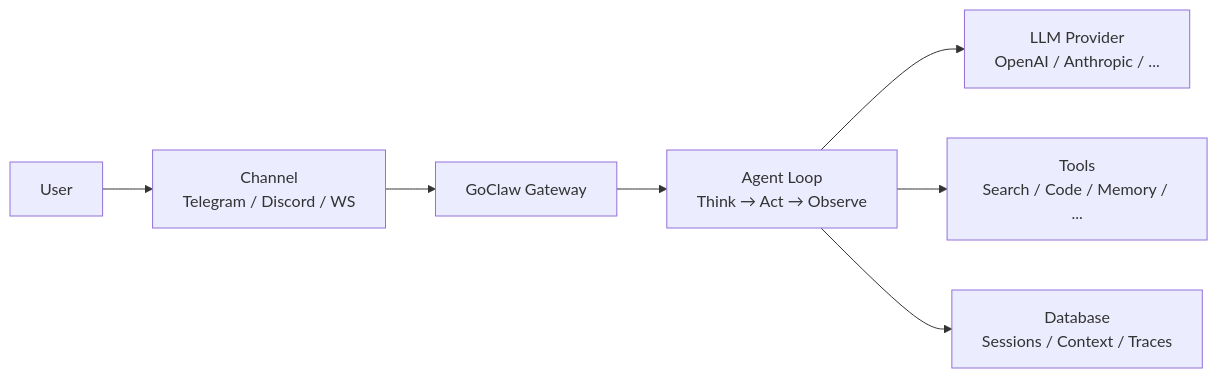
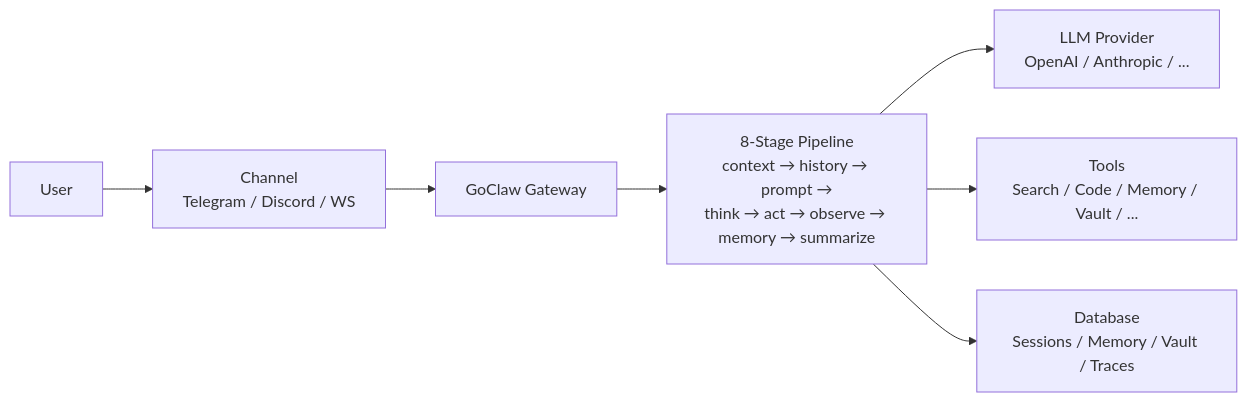
Before and after one commit to q1t-architect/goclaw-docs: the diagram in getting-started/what-is-goclaw.md, drawn with Mermaid. The commit also changed other lines of this file and 367 other files, not shown here.

````diff
--- a/getting-started/what-is-goclaw.md
+++ b/getting-started/what-is-goclaw.md
@@ -42,9 +47,9 @@
 ```mermaid
 graph LR
     U[User] --> C[Channel<br/>Telegram / Discord / WS]
     C --> G[GoClaw Gateway]
-    G --> A[Agent Loop<br/>Think → Act → Observe]
-    A --> P[LLM Provider<br/>OpenAI / Anthropic / ...]
-    A --> T[Tools<br/>Search / Code / Memory / ...]
-    A --> D[Database<br/>Sessions / Context / Traces]
+    G --> PL[8-Stage Pipeline<br/>context → history → prompt →<br/>think → act → observe → memory → summarize]
+    PL --> P[LLM Provider<br/>OpenAI / Anthropic / ...]
+    PL --> T[Tools<br/>Search / Code / Memory / Vault / ...]
+    PL --> D[Database<br/>Sessions / Memory / Vault / Traces]
 ```
````
